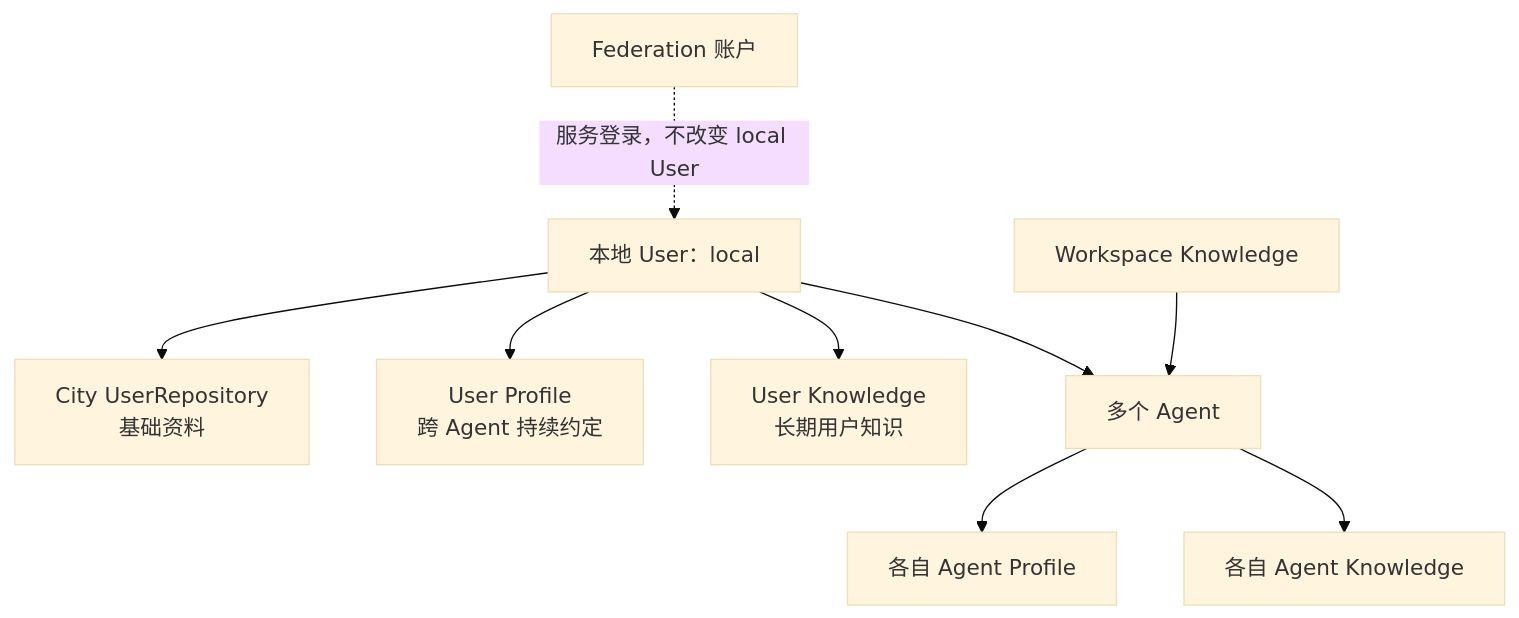
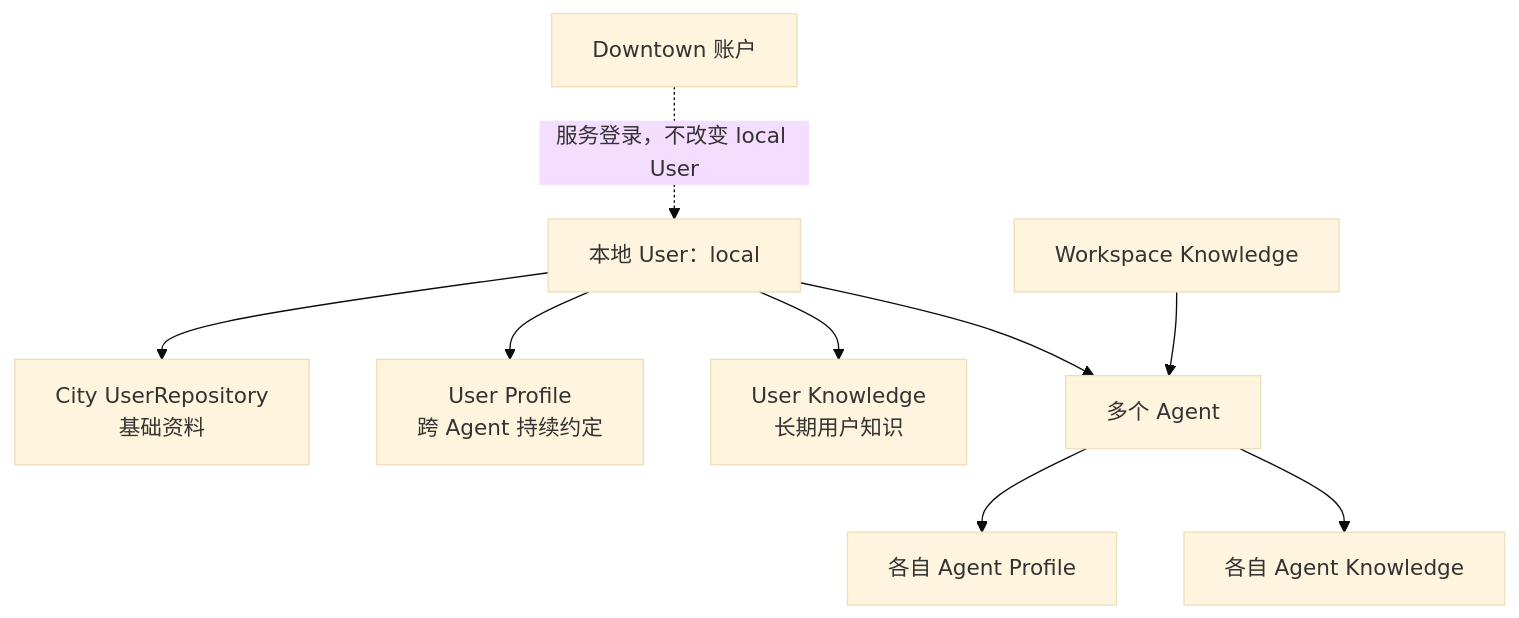
One commit to genesiscosmos/downcity changed the first of 3 diagrams in docs/memory-current-design.md. Above: the diagram before and after it, drawn with Mermaid (base theme). The commit also changed other lines of this file and 646 other files, not shown here.

````diff
--- a/docs/memory-current-design.md
+++ b/docs/memory-current-design.md
@@ -15,11 +15,11 @@
 ```mermaid
 flowchart TD
     U[本地 User：local] --> I[City UserRepository<br/>基础资料]
     U --> P[User Profile<br/>跨 Agent 持续约定]
     U --> K[User Knowledge<br/>长期用户知识]
     U --> A[多个 Agent]
     A --> AP[各自 Agent Profile]
     A --> AK[各自 Agent Knowledge]
     W[Workspace Knowledge] --> A
-    F[Federation 账户] -.服务登录，不改变 local User.-> U
+    F[Downtown 账户] -.服务登录，不改变 local User.-> U
 ```
````
